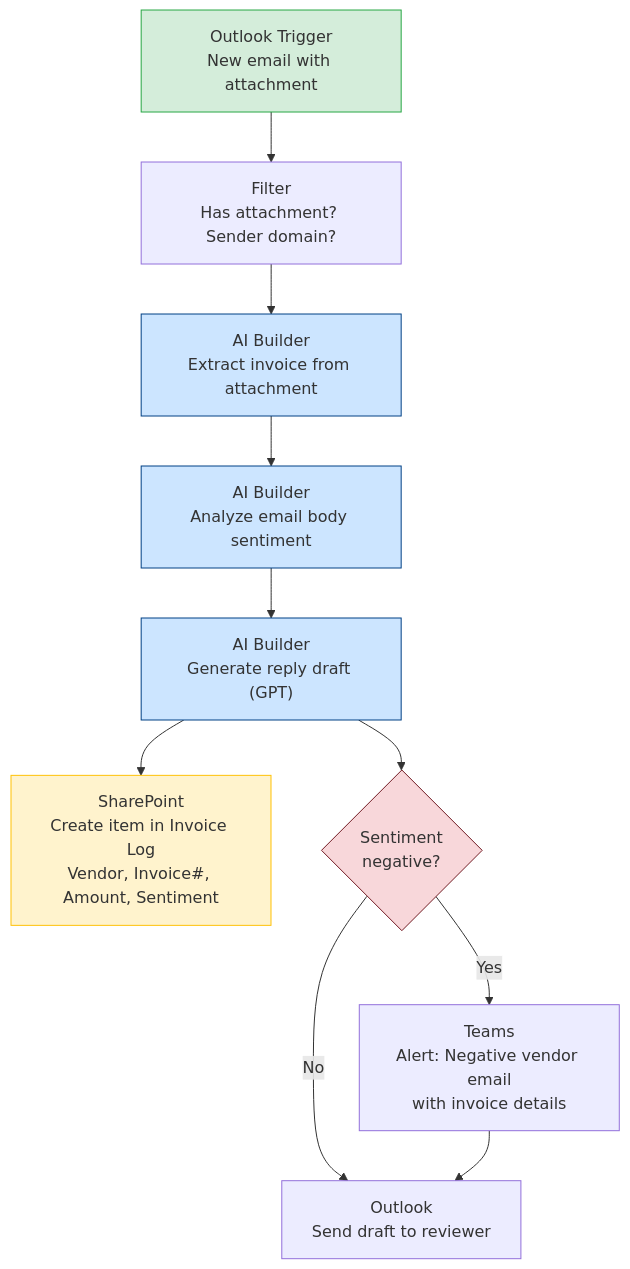
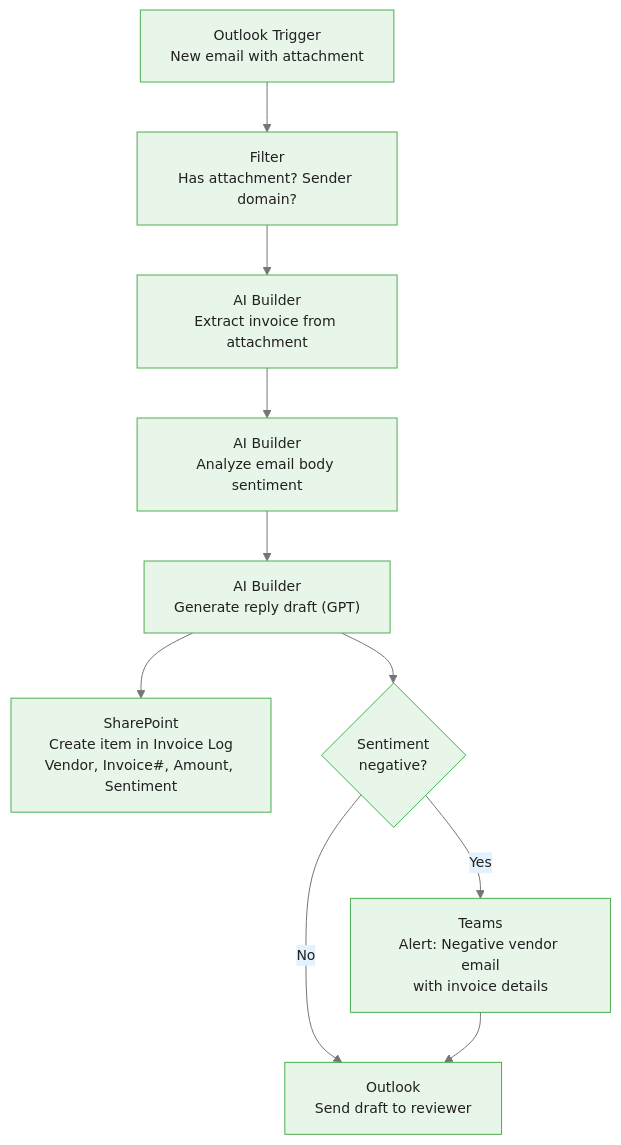
Before and after one commit to m-deane/course-creator: the third of 5 diagrams in courses/power-automate/modules/module_08_copilot_power_automate/guides/02_ai_builder_actions_slides.md, drawn with Mermaid. The commit also changed other lines of this file and 72 other files, not shown here.

````diff
--- a/courses/power-automate/modules/module_08_copilot_power_automate/guides/02_ai_builder_actions_slides.md
+++ b/courses/power-automate/modules/module_08_copilot_power_automate/guides/02_ai_builder_actions_slides.md
@@ -180,19 +212,14 @@
 ```mermaid
+%%{init: {"theme": "base", "themeVariables": {"primaryColor": "#e8f5e9", "primaryBorderColor": "#4caf50", "primaryTextColor": "#212121", "secondaryColor": "#e3f2fd", "tertiaryColor": "#fff8e1", "lineColor": "#757575", "fontFamily": "Inter, sans-serif", "fontSize": "14px"}}}%%
 flowchart TD
     T["Outlook Trigger\nNew email with attachment"] --> F1["Filter\nHas attachment? Sender domain?"]
     F1 --> A1["AI Builder\nExtract invoice from attachment"]
     A1 --> A2["AI Builder\nAnalyze email body sentiment"]
     A2 --> A3["AI Builder\nGenerate reply draft (GPT)"]
     A3 --> SP["SharePoint\nCreate item in Invoice Log\nVendor, Invoice#, Amount, Sentiment"]
     A3 --> C{"Sentiment\nnegative?"}
     C -->|"Yes"| ESC["Teams\nAlert: Negative vendor email\nwith invoice details"]
     C -->|"No"| DRAFT["Outlook\nSend draft to reviewer"]
     ESC --> DRAFT
 
-    style T fill:#d4edda,stroke:#28a745
-    style A1 fill:#cce5ff,stroke:#004085
-    style A2 fill:#cce5ff,stroke:#004085
-    style A3 fill:#cce5ff,stroke:#004085
-    style SP fill:#fff3cd,stroke:#ffc107
-    style C fill:#f8d7da,stroke:#721c24
 ```
````
